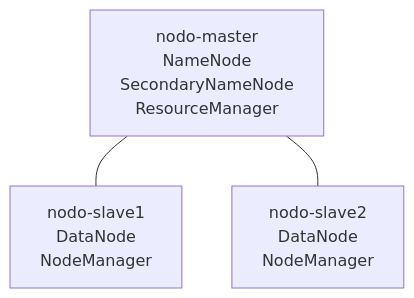
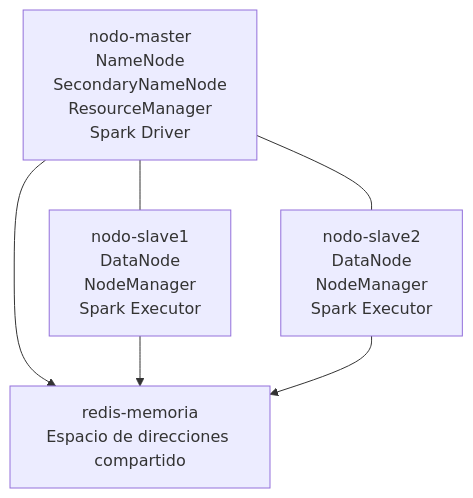
One commit to Duperro/hadoop-docker-SD changed the diagram in README.md. Above: the diagram before and after it, drawn with Mermaid. The commit also changed other lines of this file and 19 other files, not shown here.

````diff
--- a/README.md
+++ b/README.md
@@ -19,9 +23,13 @@
 ```mermaid
 flowchart TB
-    M["nodo-master<br/>NameNode<br/>SecondaryNameNode<br/>ResourceManager"]
-    S1["nodo-slave1<br/>DataNode<br/>NodeManager"]
-    S2["nodo-slave2<br/>DataNode<br/>NodeManager"]
+    M["nodo-master<br/>NameNode<br/>SecondaryNameNode<br/>ResourceManager<br/>Spark Driver"]
+    S1["nodo-slave1<br/>DataNode<br/>NodeManager<br/>Spark Executor"]
+    S2["nodo-slave2<br/>DataNode<br/>NodeManager<br/>Spark Executor"]
+    R["redis-memoria<br/>Espacio de direcciones compartido"]
 
     M --- S1
     M --- S2
+    M --> R
+    S1 --> R
+    S2 --> R
 ```
````
